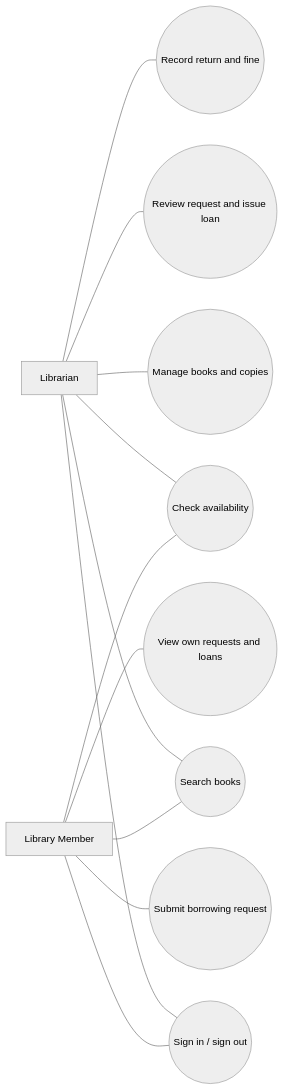
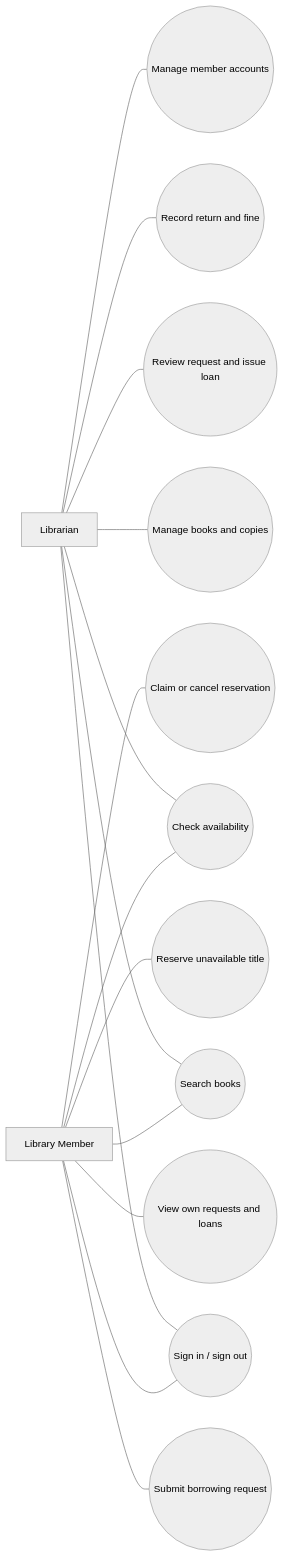
The diagram in docs/design/use-case-diagram.mmd (trithanh1577/261_72ITSE41704_2474802010400_E-Library), drawn with Mermaid (neutral theme) before and after one commit. The commit also changed 32 other files, not shown here.

```diff
--- a/docs/design/use-case-diagram.mmd
+++ b/docs/design/use-case-diagram.mmd
@@ -1,22 +1,28 @@
 flowchart LR
     L[Librarian]
     M[Library Member]
     UC1((Sign in / sign out))
     UC2((Manage books and copies))
     UC3((Search books))
     UC4((Check availability))
     UC5((Submit borrowing request))
     UC6((Review request and issue loan))
     UC7((Record return and fine))
     UC8((View own requests and loans))
+    UC9((Reserve unavailable title))
+    UC10((Claim or cancel reservation))
+    UC11((Manage member accounts))
     L --- UC1
     M --- UC1
     L --- UC2
     L --- UC3
     M --- UC3
     L --- UC4
     M --- UC4
     M --- UC5
     L --- UC6
     L --- UC7
     M --- UC8
+    M --- UC9
+    M --- UC10
+    L --- UC11
```
